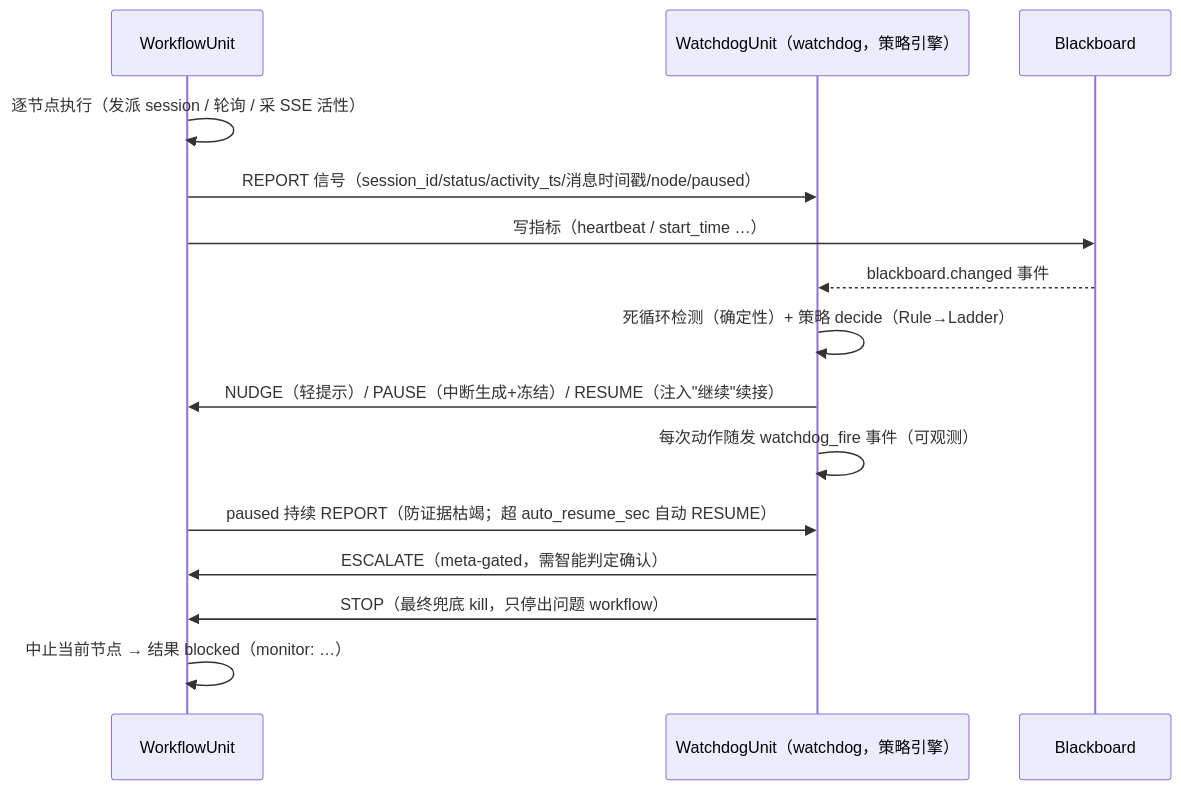
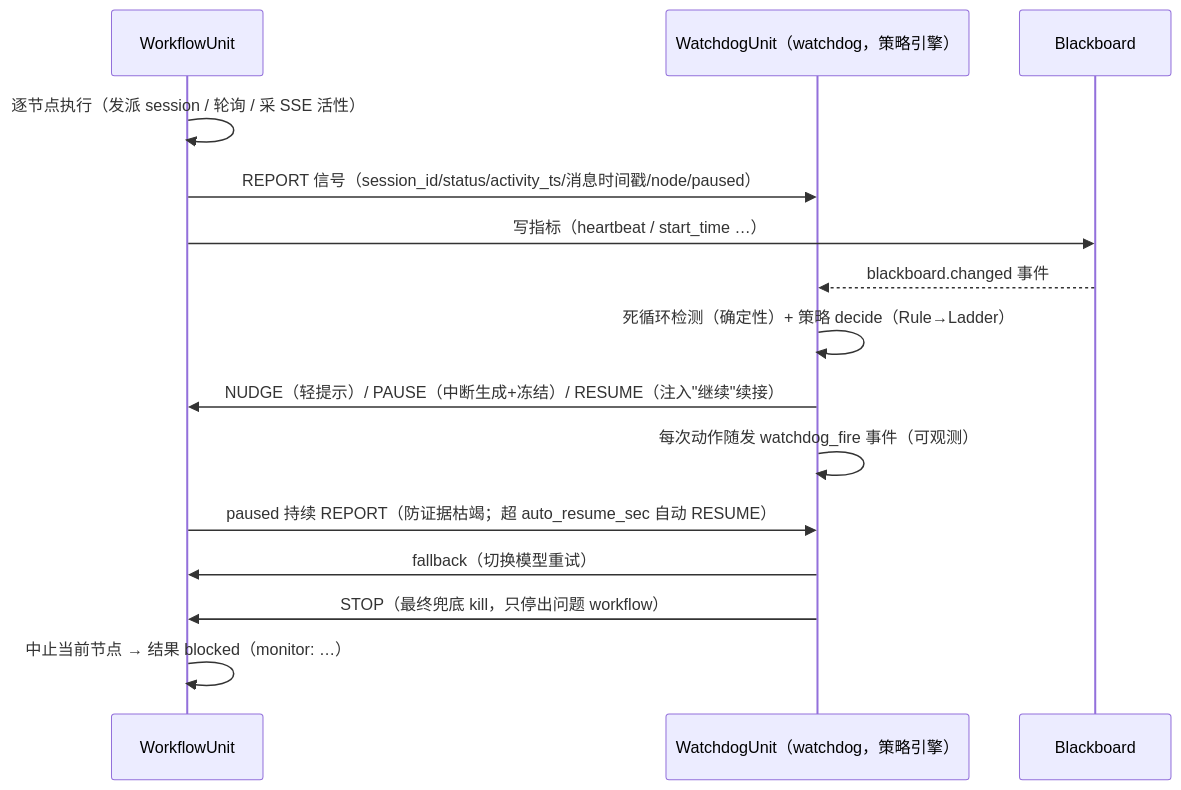
One commit to haberzero/regime-driver changed the diagram in docs/architecture/02_statechart_network.md. Above: the diagram before and after it, drawn with Mermaid. The commit also changed other lines of this file and 29 other files, not shown here.

````diff
--- a/docs/architecture/02_statechart_network.md
+++ b/docs/architecture/02_statechart_network.md
@@ -238,18 +236,18 @@
 ```mermaid
 sequenceDiagram
     participant 工作流 as WorkflowUnit
     participant 看门狗 as WatchdogUnit（watchdog，策略引擎）
     participant 黑板 as Blackboard
 
     工作流->>工作流: 逐节点执行（发派 session / 轮询 / 采 SSE 活性）
     工作流->>看门狗: REPORT 信号（session_id/status/activity_ts/消息时间戳/node/paused）
     工作流->>黑板: 写指标（heartbeat / start_time …）
     黑板-->>看门狗: blackboard.changed 事件
     看门狗->>看门狗: 死循环检测（确定性）+ 策略 decide（Rule→Ladder）
     看门狗->>工作流: NUDGE（轻提示）/ PAUSE（中断生成+冻结）/ RESUME（注入"继续"续接）
     看门狗->>看门狗: 每次动作随发 watchdog_fire 事件（可观测）
     工作流->>看门狗: paused 持续 REPORT（防证据枯竭；超 auto_resume_sec 自动 RESUME）
-    看门狗->>工作流: ESCALATE（meta-gated，需智能判定确认）
+    看门狗->>工作流: fallback（切换模型重试）
     看门狗->>工作流: STOP（最终兜底 kill，只停出问题 workflow）
     工作流->>工作流: 中止当前节点 → 结果 blocked（monitor: …）
 ```
````
